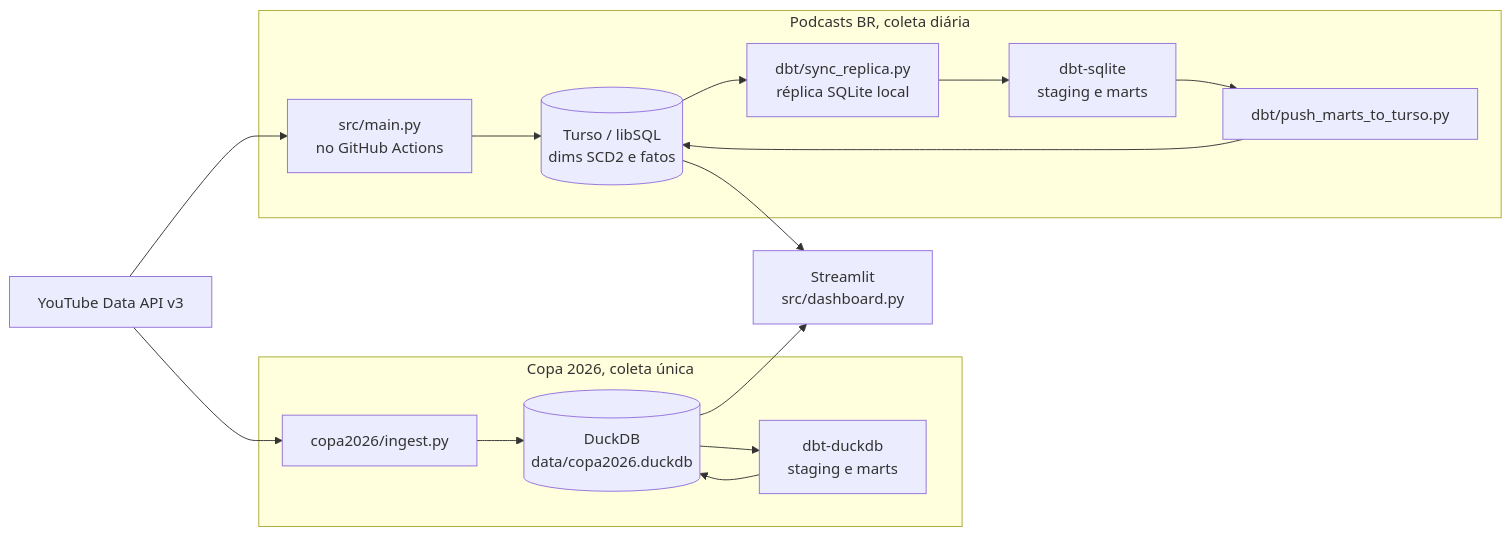
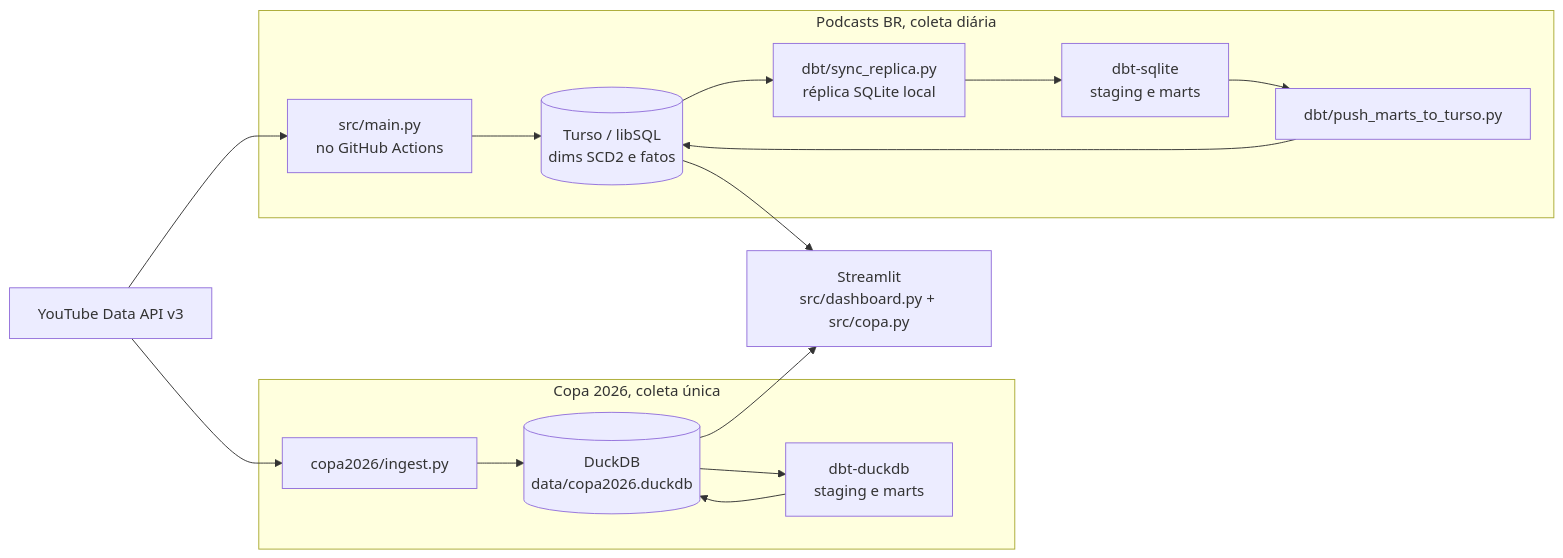
Before and after one commit to romualdobarbosa/youtube-audience-pipeline: the diagram in README.md, drawn with Mermaid. The commit also changed 3 other files, not shown here.

First line of the commit message:
feat(dashboard): navegação com Copa do Mundo e Podcasts BR na barra lateral

````diff
--- a/README.md
+++ b/README.md
@@ -66,23 +66,23 @@
 ```mermaid
 flowchart LR
     API[YouTube Data API v3]
 
     subgraph copa[Copa 2026, coleta única]
         CI[copa2026/ingest.py] --> DDB[(DuckDB<br/>data/copa2026.duckdb)]
         DDB --> DBTC[dbt-duckdb<br/>staging e marts]
         DBTC --> DDB
     end
 
     subgraph pod[Podcasts BR, coleta diária]
         GHA[src/main.py<br/>no GitHub Actions] --> T[(Turso / libSQL<br/>dims SCD2 e fatos)]
         T --> R[dbt/sync_replica.py<br/>réplica SQLite local]
         R --> DBTP[dbt-sqlite<br/>staging e marts]
         DBTP --> P[dbt/push_marts_to_turso.py]
         P --> T
     end
 
     API --> CI
     API --> GHA
-    DDB --> ST[Streamlit<br/>src/dashboard.py]
+    DDB --> ST[Streamlit<br/>src/dashboard.py + src/copa.py]
     T --> ST
 ```
````
